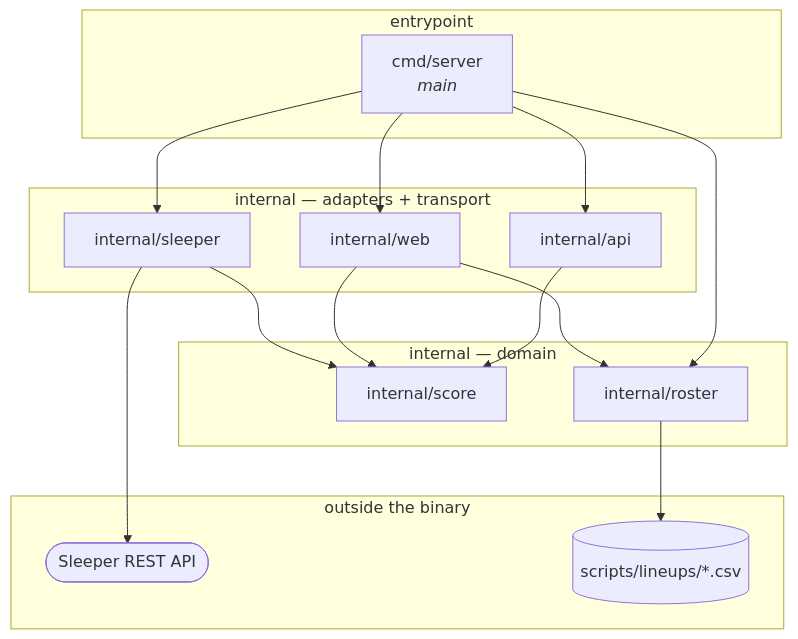
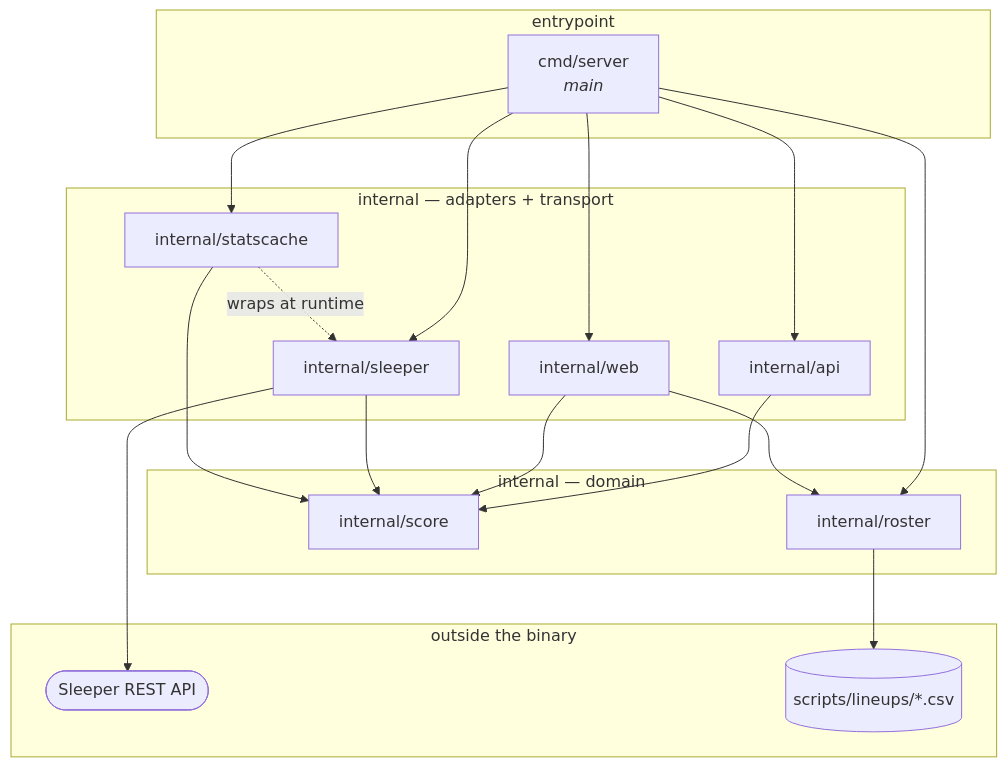
Before and after one commit to eshifrin-606/bojjaes: the diagram in docs/package-dependencies.md, drawn with Mermaid. The commit also changed other lines of this file and 10 other files, not shown here.

````diff
--- a/docs/package-dependencies.md
+++ b/docs/package-dependencies.md
@@ -12,30 +12,34 @@
 ```mermaid
 graph TD
     subgraph entry["entrypoint"]
         main["cmd/server<br/><i>main</i>"]
     end
     subgraph domain["internal — domain"]
         score["internal/score"]
         roster["internal/roster"]
     end
     subgraph adapters["internal — adapters + transport"]
         sleeperpkg["internal/sleeper"]
+        statscache["internal/statscache"]
         api["internal/api"]
         web["internal/web"]
     end
     subgraph ext["outside the binary"]
         sleeper(["Sleeper REST API"])
         files[("scripts/lineups/*.csv")]
     end
 
     main --> api
     main --> web
+    main --> statscache
     main --> sleeperpkg
     main --> roster
     api --> score
     web --> score
     web --> roster
     sleeperpkg --> score
     sleeperpkg --> sleeper
+    statscache --> score
+    statscache -. wraps at runtime .-> sleeperpkg
     roster --> files
 ```
````
